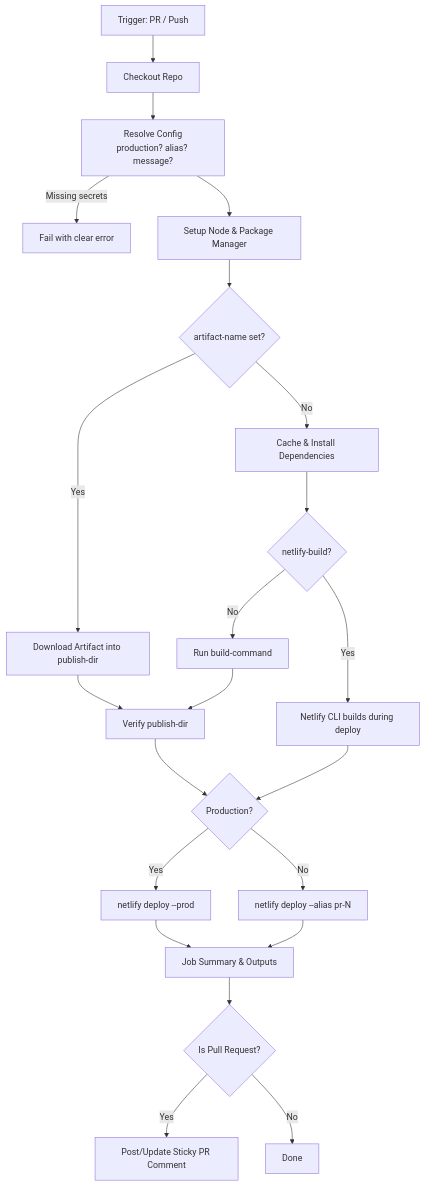
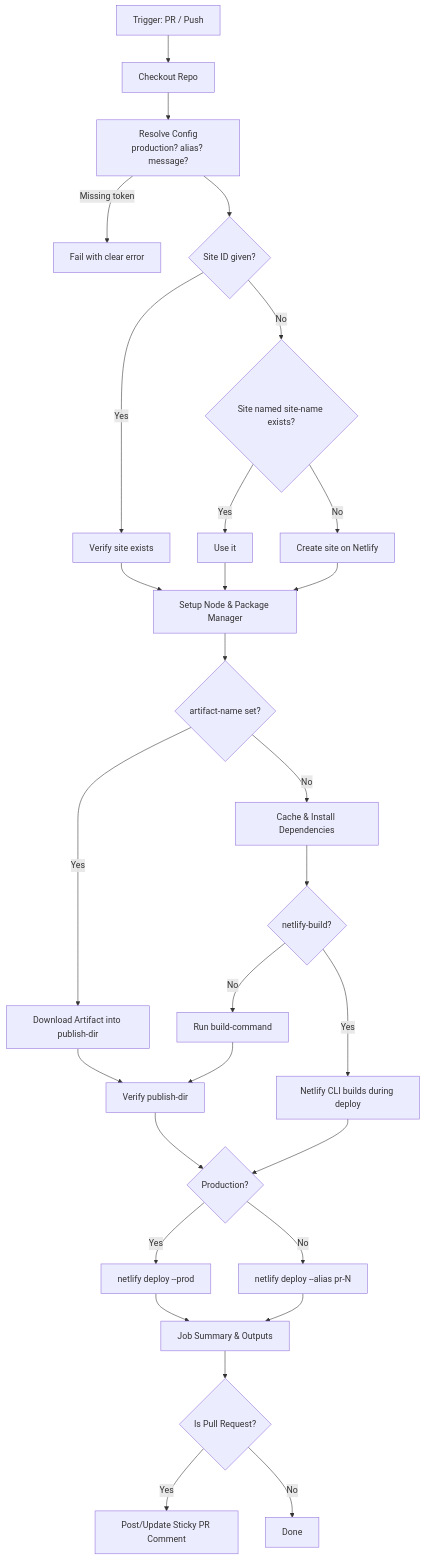
The diagram in README.md (ym-actions/netlify-deploy), drawn with Mermaid before and after one commit. The commit also changed other lines of this file and 1 other file, not shown here.

Commit message:
Enhance Netlify deploy workflow with site creation and resolution features

````diff
--- a/README.md
+++ b/README.md
@@ -34,24 +35,31 @@
 ```mermaid
 graph TD
     A[Trigger: PR / Push] --> B[Checkout Repo]
     B --> C[Resolve Config<br/>production? alias? message?]
-    C -->|Missing secrets| X[Fail with clear error]
-    C --> D[Setup Node & Package Manager]
+    C -->|Missing token| X[Fail with clear error]
+    C --> S{Site ID given?}
+    S -->|Yes| S1[Verify site exists]
+    S -->|No| S2{Site named site-name exists?}
+    S2 -->|Yes| S3[Use it]
+    S2 -->|No| S4[Create site on Netlify]
+    S1 --> D[Setup Node & Package Manager]
+    S3 --> D
+    S4 --> D
     D --> E{artifact-name set?}
     E -->|Yes| F[Download Artifact into publish-dir]
     E -->|No| G[Cache & Install Dependencies]
     G --> H{netlify-build?}
     H -->|No| I[Run build-command]
     H -->|Yes| J[Netlify CLI builds during deploy]
     F --> K[Verify publish-dir]
     I --> K
     J --> L
     K --> L{Production?}
     L -->|Yes| M[netlify deploy --prod]
     L -->|No| N[netlify deploy --alias pr-N]
     M --> O[Job Summary & Outputs]
     N --> O
     O --> P{Is Pull Request?}
     P -->|Yes| Q[Post/Update Sticky PR Comment]
     P -->|No| R[Done]
 ```
````
